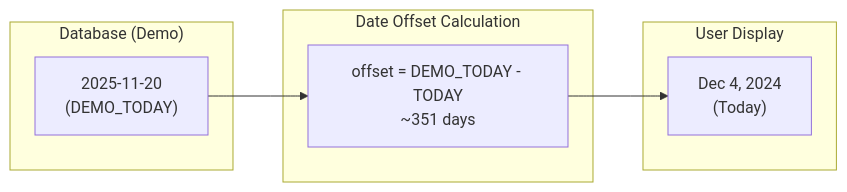
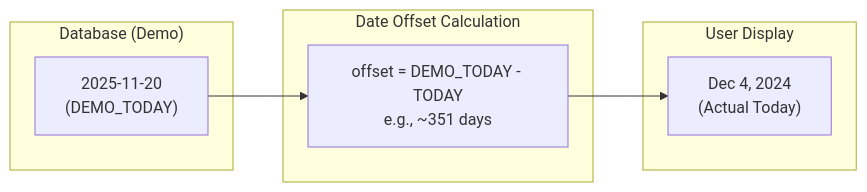
One commit to fin-agent/finagent-frontend changed the fourth of 9 diagrams in README.md. Above: the diagram before and after it, drawn with Mermaid. The commit also changed other lines of this file, not shown here.

````diff
--- a/README.md
+++ b/README.md
@@ -323,16 +334,16 @@
 ```mermaid
 flowchart LR
     subgraph DemoData["Database (Demo)"]
         DB["2025-11-20<br/>(DEMO_TODAY)"]
     end
 
     subgraph Offset["Date Offset Calculation"]
-        CALC["offset = DEMO_TODAY - TODAY<br/>~351 days"]
+        CALC["offset = DEMO_TODAY - TODAY<br/>e.g., ~351 days"]
     end
 
     subgraph Display["User Display"]
-        DISP["Dec 4, 2024<br/>(Today)"]
+        DISP["Dec 4, 2024<br/>(Actual Today)"]
     end
 
     DB --> CALC --> DISP
 ```
````
